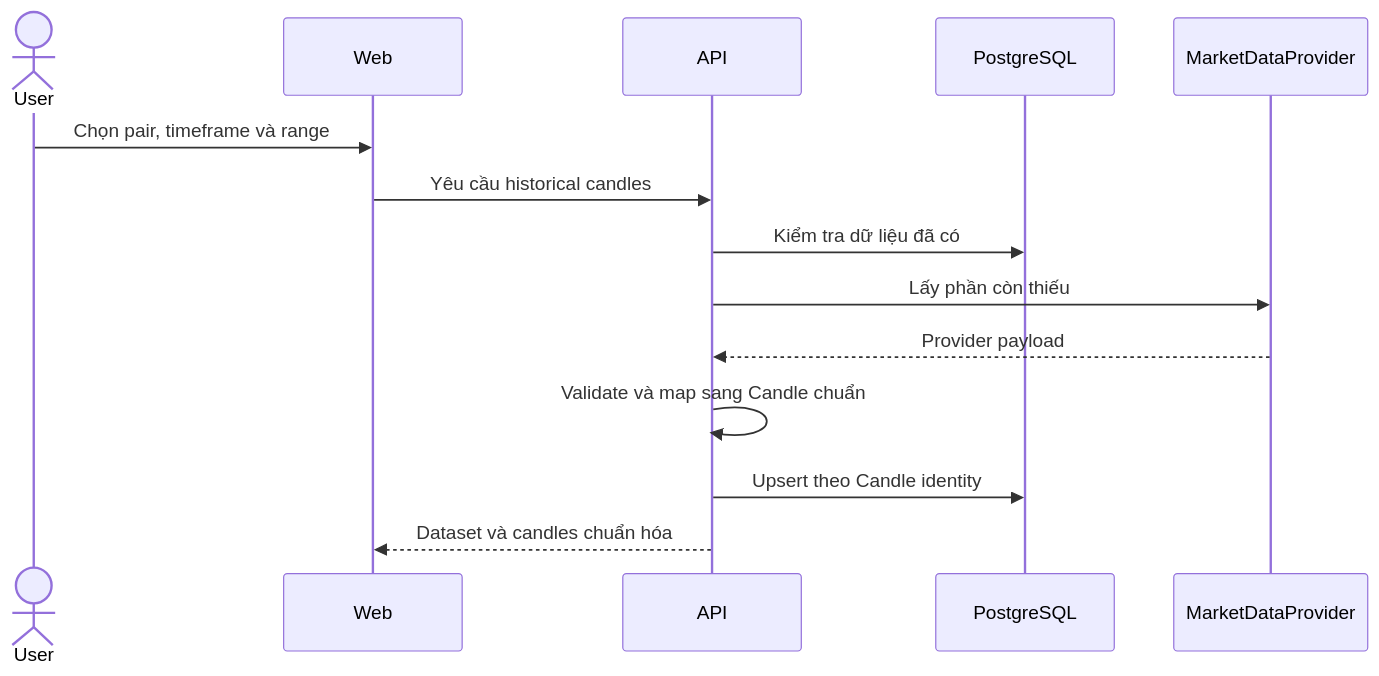
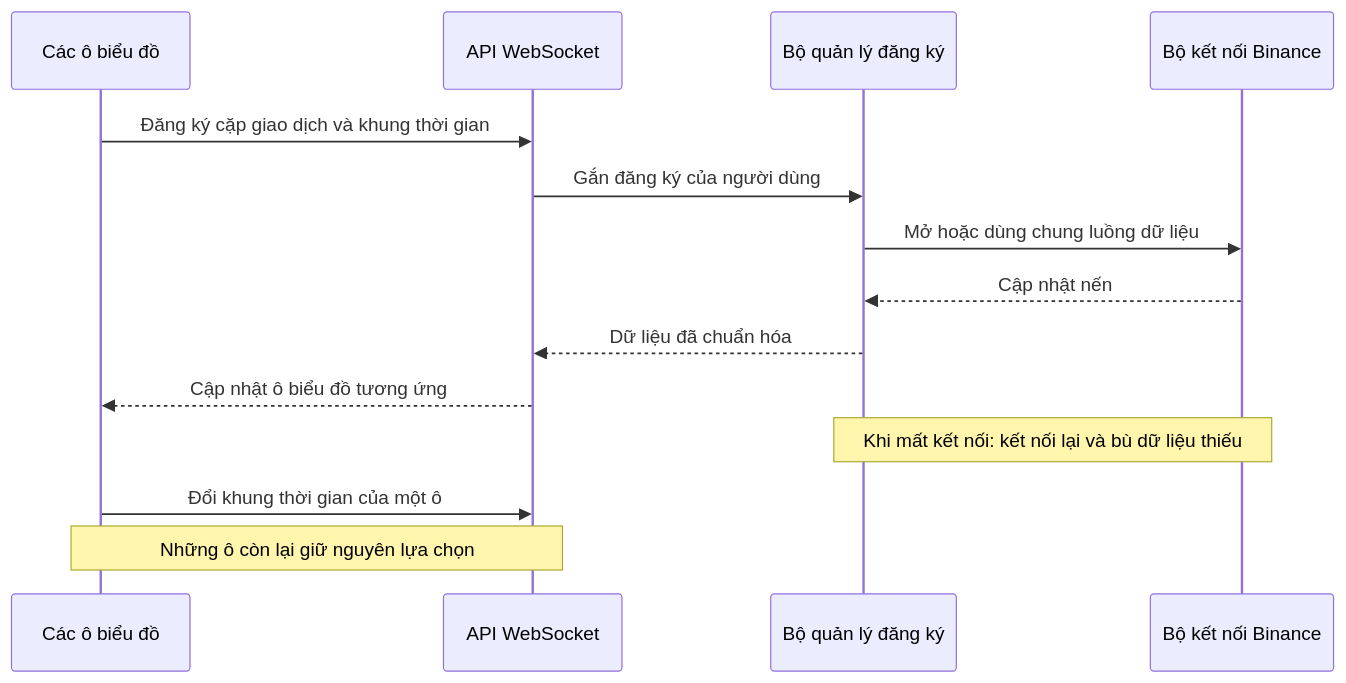
Before and after one commit to nhphunng/Crypto-Strategy-Lab: the fourth of 8 diagrams in docs/ARCHITECTURE.md, drawn with Mermaid. The commit also changed other lines of this file and 2 other files, not shown here.

Commit message:
docs: refine submission architecture and decision reports - Clarify implemented features, limitations, and planned extensions - Map architecture modules to actual code paths - Update README and ADR navigation links

````diff
--- a/docs/ARCHITECTURE.md
+++ b/docs/ARCHITECTURE.md
@@ -128,16 +149,16 @@
 ```mermaid
 sequenceDiagram
-    actor User
-    participant Web
-    participant API
-    participant Store as PostgreSQL
-    participant Provider as MarketDataProvider
-    User->>Web: Chọn pair, timeframe và range
-    Web->>API: Yêu cầu historical candles
-    API->>Store: Kiểm tra dữ liệu đã có
-    API->>Provider: Lấy phần còn thiếu
-    Provider-->>API: Provider payload
-    API->>API: Validate và map sang Candle chuẩn
-    API->>Store: Upsert theo Candle identity
-    API-->>Web: Dataset và candles chuẩn hóa
+    participant UI as Các ô biểu đồ
+    participant API as API WebSocket
+    participant Hub as Bộ quản lý đăng ký
+    participant Provider as Bộ kết nối Binance
+    UI->>API: Đăng ký cặp giao dịch và khung thời gian
+    API->>Hub: Gắn đăng ký của người dùng
+    Hub->>Provider: Mở hoặc dùng chung luồng dữ liệu
+    Provider-->>Hub: Cập nhật nến
+    Hub-->>API: Dữ liệu đã chuẩn hóa
+    API-->>UI: Cập nhật ô biểu đồ tương ứng
+    Note over Hub,Provider: Khi mất kết nối: kết nối lại và bù dữ liệu thiếu
+    UI->>API: Đổi khung thời gian của một ô
+    Note over UI,API: Những ô còn lại giữ nguyên lựa chọn
 ```
````
